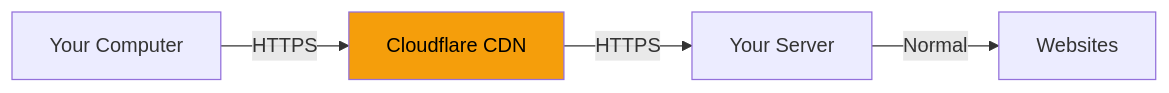
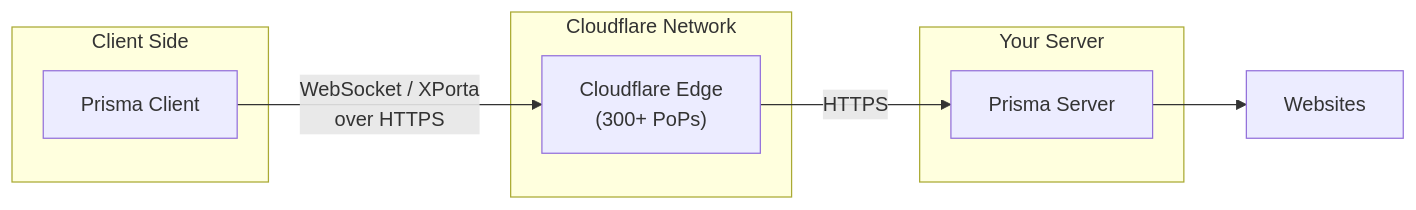
The first of 3 diagrams in prisma-docs/guide/advanced-setup.md (prisma-proxy/prisma), drawn with Mermaid before and after one commit. The commit also changed other lines of this file and 37 other files, not shown here.

First line of the commit message:
docs: rewrite guide with 30+ Mermaid diagrams, fix multi-instance config

````diff
--- a/prisma-docs/guide/advanced-setup.md
+++ b/prisma-docs/guide/advanced-setup.md
@@ -168,8 +34,18 @@
 ```mermaid
 graph LR
-    A["Your Computer"] -->|"HTTPS"| B["Cloudflare CDN"]
-    B -->|"HTTPS"| C["Your Server"]
-    C -->|"Normal"| D["Websites"]
+    subgraph "Client Side"
+        CL["Prisma Client"]
+    end
 
-    style B fill:#f59e0b,color:#000
+    subgraph "Cloudflare Network"
+        CF1["Cloudflare Edge\n(300+ PoPs)"]
+    end
+
+    subgraph "Your Server"
+        SV["Prisma Server"]
+    end
+
+    CL -->|"WebSocket / XPorta\nover HTTPS"| CF1
+    CF1 -->|"HTTPS"| SV
+    SV --> WEB["Websites"]
 ```
````
